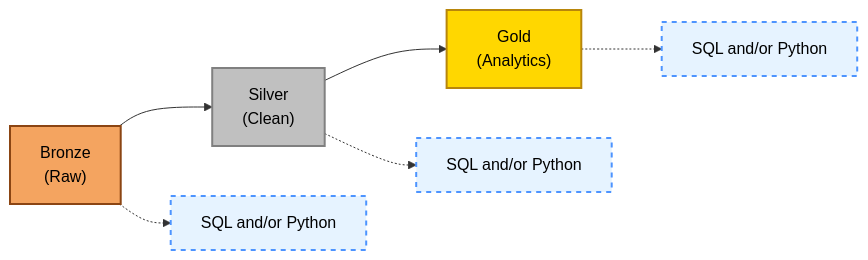
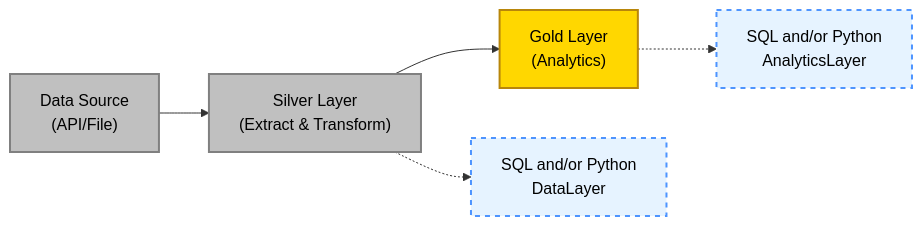
One commit to good-data-institute/rewiring-aotearoa-electrification-progress-tracker changed the diagram in etl/ETL_GUIDE.md. Above: the diagram before and after it, drawn with Mermaid. The commit also changed other lines of this file and 12 other files, not shown here.

````diff
--- a/etl/ETL_GUIDE.md
+++ b/etl/ETL_GUIDE.md
@@ -31,27 +42,23 @@
 ```mermaid
 flowchart LR
-    Bronze["Bronze<br/>(Raw)"]
-    Silver["Silver<br/>(Clean)"]
-    Gold["Gold<br/>(Analytics)"]
+    Source["Data Source<br/>(API/File)"]
+    Silver["Silver Layer<br/>(Extract & Transform)"]
+    Gold["Gold Layer<br/>(Analytics)"]
 
-    Bronze --> Silver
+    Source --> Silver
     Silver --> Gold
 
-    BronzeTools["SQL and/or Python"]
-    SilverTools["SQL and/or Python"]
-    GoldTools["SQL and/or Python"]
+    SilverTools["SQL and/or Python<br/>DataLayer"]
+    GoldTools["SQL and/or Python<br/>AnalyticsLayer"]
 
-    Bronze -.-> BronzeTools
     Silver -.-> SilverTools
     Gold -.-> GoldTools
 
-    classDef bronzeStyle color:#000000,fill:#f4a460,stroke:#8b4513,stroke-width:2px
     classDef silverStyle color:#000000,fill:#c0c0c0,stroke:#808080,stroke-width:2px
     classDef goldStyle color:#000000,fill:#ffd700,stroke:#b8860b,stroke-width:2px
     classDef toolStyle color:#000000,fill:#e6f3ff,stroke:#4d94ff,stroke-width:2px,stroke-dasharray: 5 5
 
-    class Bronze bronzeStyle
-    class Silver silverStyle
+    class Source,Silver silverStyle
     class Gold goldStyle
-    class BronzeTools,SilverTools,GoldTools toolStyle
+    class SilverTools,GoldTools toolStyle
 ```
````
